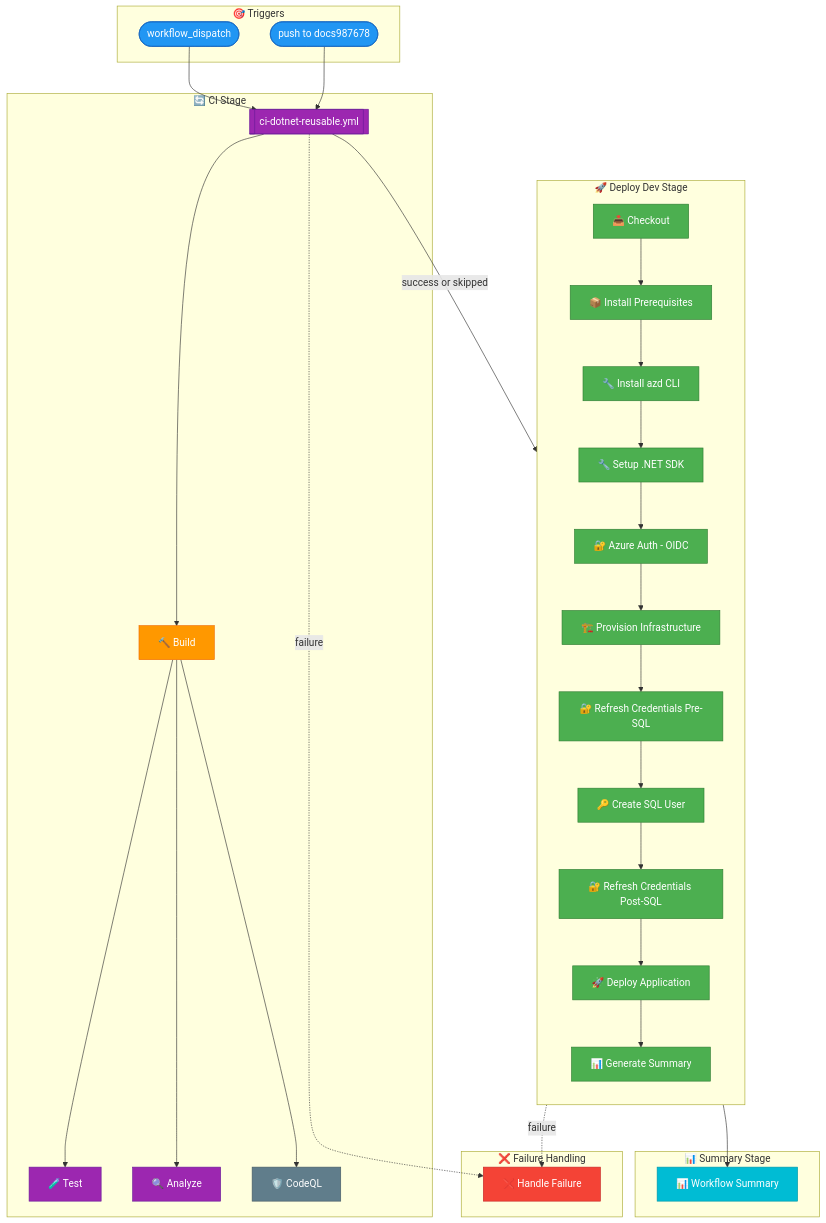
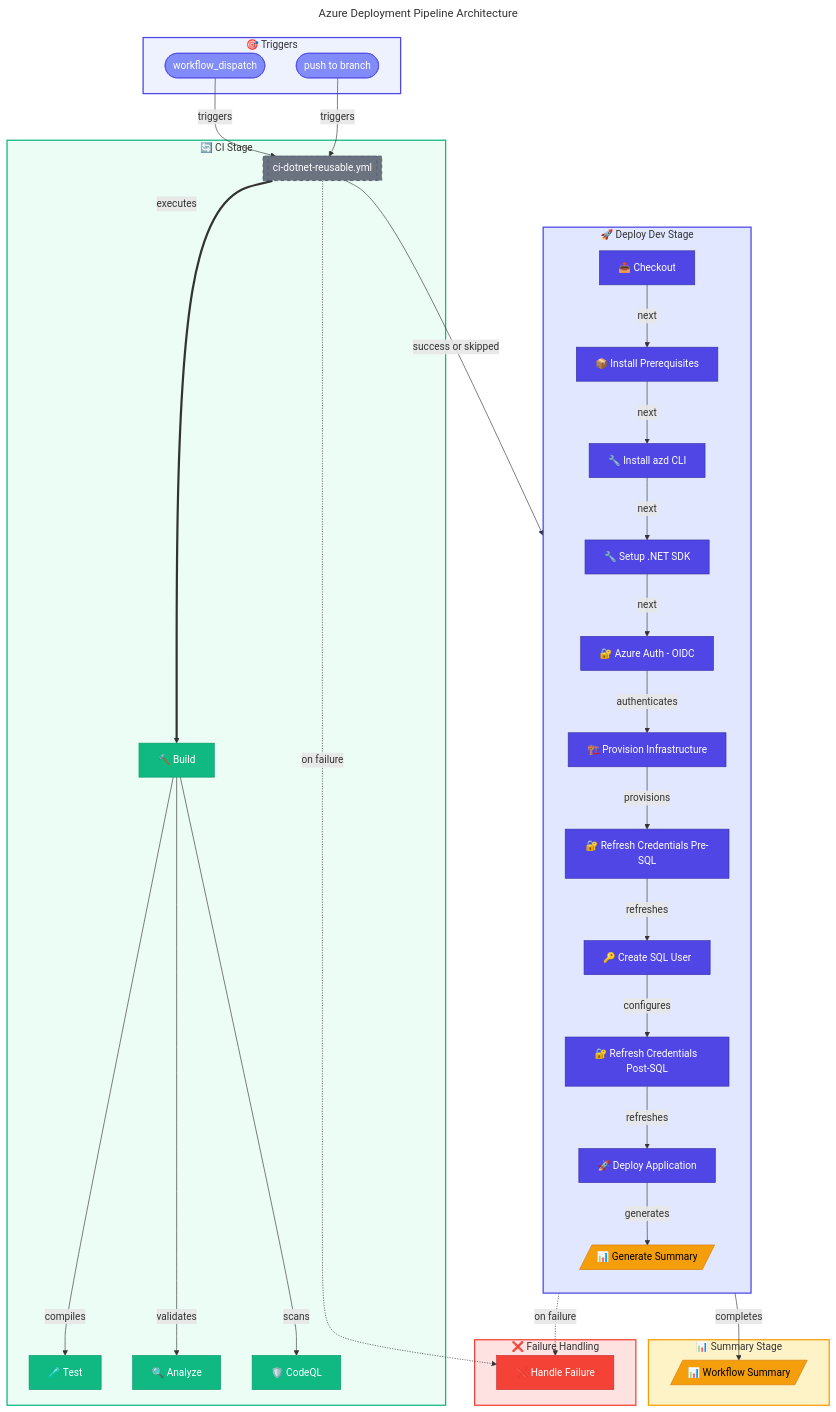
The first of 2 diagrams in docs/devops/azure-dev.md (Evilazaro/Azure-LogicApps-Monitoring), drawn with Mermaid before and after one commit. The commit also changed 1 other file, not shown here.

Commit message:
refactor: Improve CI/CD pipeline diagrams with enhanced clarity and structure

````diff
--- a/docs/devops/azure-dev.md
+++ b/docs/devops/azure-dev.md
@@ -57,89 +57,103 @@
 ```mermaid
+---
+title: Azure Deployment Pipeline Architecture
+---
 flowchart TD
+    %% ===== TRIGGER EVENTS =====
     subgraph Triggers["🎯 Triggers"]
-        T1([workflow_dispatch])
-        T2([push to docs987678])
+        T1(["workflow_dispatch"])
+        T2(["push to branch"])
     end
 
+    %% ===== CI STAGE =====
     subgraph CI["🔄 CI Stage"]
-        CI_JOB[[ci-dotnet-reusable.yml]]
-        CI_BUILD[🔨 Build]
-        CI_TEST[🧪 Test]
-        CI_ANALYZE[🔍 Analyze]
-        CI_CODEQL[🛡️ CodeQL]
+        CI_JOB[["ci-dotnet-reusable.yml"]]
+        CI_BUILD["🔨 Build"]
+        CI_TEST["🧪 Test"]
+        CI_ANALYZE["🔍 Analyze"]
+        CI_CODEQL["🛡️ CodeQL"]
     end
 
+    %% ===== DEPLOYMENT STAGE =====
     subgraph Deploy["🚀 Deploy Dev Stage"]
         direction TB
-        D1[📥 Checkout]
-        D2[📦 Install Prerequisites]
-        D3[🔧 Install azd CLI]
-        D4[🔧 Setup .NET SDK]
-        D5[🔐 Azure Auth - OIDC]
-        D6[🏗️ Provision Infrastructure]
-        D7[🔐 Refresh Credentials Pre-SQL]
-        D8[🔑 Create SQL User]
-        D9[🔐 Refresh Credentials Post-SQL]
-        D10[🚀 Deploy Application]
-        D11[📊 Generate Summary]
+        D1["📥 Checkout"]
+        D2["📦 Install Prerequisites"]
+        D3["🔧 Install azd CLI"]
+        D4["🔧 Setup .NET SDK"]
+        D5["🔐 Azure Auth - OIDC"]
+        D6["🏗️ Provision Infrastructure"]
+        D7["🔐 Refresh Credentials Pre-SQL"]
+        D8["🔑 Create SQL User"]
+        D9["🔐 Refresh Credentials Post-SQL"]
+        D10["🚀 Deploy Application"]
+        D11[/"📊 Generate Summary"/]
     end
 
+    %% ===== OUTPUT STAGE =====
     subgraph Summary["📊 Summary Stage"]
-        SUM[📊 Workflow Summary]
+        SUM[/"📊 Workflow Summary"/]
     end
 
+    %% ===== FAILURE HANDLING =====
     subgraph Failure["❌ Failure Handling"]
-        FAIL[❌ Handle Failure]
+        FAIL["❌ Handle Failure"]
     end
 
-    %% Trigger flows
-    T1 --> CI_JOB
-    T2 --> CI_JOB
+    %% ===== TRIGGER FLOWS =====
+    T1 -->|triggers| CI_JOB
+    T2 -->|triggers| CI_JOB
 
-    %% CI internal flow
-    CI_JOB --> CI_BUILD
-    CI_BUILD --> CI_TEST
-    CI_BUILD --> CI_ANALYZE
-    CI_BUILD --> CI_CODEQL
+    %% ===== CI INTERNAL FLOW =====
+    CI_JOB ==>|executes| CI_BUILD
+    CI_BUILD -->|compiles| CI_TEST
+    CI_BUILD -->|validates| CI_ANALYZE
+    CI_BUILD -->|scans| CI_CODEQL
 
-    %% CI to Deploy
+    %% ===== CI TO DEPLOY =====
     CI_JOB -->|success or skipped| D1
 
-    %% Deploy internal flow
-    D1 --> D2
-    D2 --> D3
-    D3 --> D4
-    D4 --> D5
-    D5 --> D6
-    D6 --> D7
-    D7 --> D8
-    D8 --> D9
-    D9 --> D10
-    D10 --> D11
+    %% ===== DEPLOY INTERNAL FLOW =====
+    D1 -->|next| D2
+    D2 -->|next| D3
+    D3 -->|next| D4
+    D4 -->|next| D5
+    D5 -->|authenticates| D6
+    D6 -->|provisions| D7
+    D7 -->|refreshes| D8
+    D8 -->|configures| D9
+    D9 -->|refreshes| D10
+    D10 -->|generates| D11
 
-    %% Deploy to Summary
-    D11 --> SUM
+    %% ===== DEPLOY TO SUMMARY =====
+    D11 -->|completes| SUM
 
-    %% Failure handling
-    CI_JOB -.->|failure| FAIL
-    D10 -.->|failure| FAIL
+    %% ===== FAILURE HANDLING =====
+    CI_JOB -.->|on failure| FAIL
+    D10 -.->|on failure| FAIL
 
-    %% Styling
-    classDef trigger fill:#2196F3,stroke:#1565C0,color:#fff
-    classDef reusable fill:#9C27B0,stroke:#6A1B9A,color:#fff
-    classDef build fill:#FF9800,stroke:#EF6C00,color:#fff
-    classDef test fill:#9C27B0,stroke:#6A1B9A,color:#fff
-    classDef deploy fill:#4CAF50,stroke:#2E7D32,color:#fff
-    classDef security fill:#607D8B,stroke:#455A64,color:#fff
-    classDef summary fill:#00BCD4,stroke:#0097A7,color:#fff
-    classDef failure fill:#F44336,stroke:#C62828,color:#fff
+    %% ===== NODE STYLING =====
+    classDef trigger fill:#818CF8,stroke:#4F46E5,color:#FFFFFF
+    classDef external fill:#6B7280,stroke:#4B5563,color:#FFFFFF,stroke-dasharray:5 5
+    classDef primary fill:#4F46E5,stroke:#3730A3,color:#FFFFFF
+    classDef secondary fill:#10B981,stroke:#059669,color:#FFFFFF
+    classDef datastore fill:#F59E0B,stroke:#D97706,color:#000000
+    classDef failed fill:#F44336,stroke:#C62828,color:#FFFFFF
 
+    %% ===== APPLY NODE CLASSES =====
     class T1,T2 trigger
-    class CI_JOB reusable
-    class CI_BUILD build
-    class CI_TEST,CI_ANALYZE test
-    class CI_CODEQL security
-    class D1,D2,D3,D4,D5,D6,D7,D8,D9,D10,D11 deploy
-    class SUM summary
-    class FAIL failure
+    class CI_JOB external
+    class CI_BUILD,CI_ANALYZE secondary
+    class CI_TEST secondary
+    class CI_CODEQL secondary
+    class D1,D2,D3,D4,D5,D6,D7,D8,D9,D10 primary
+    class D11,SUM datastore
+    class FAIL failed
+
+    %% ===== SUBGRAPH STYLING =====
+    style Triggers fill:#EEF2FF,stroke:#4F46E5,stroke-width:2px
+    style CI fill:#ECFDF5,stroke:#10B981,stroke-width:2px
+    style Deploy fill:#E0E7FF,stroke:#4F46E5,stroke-width:2px
+    style Summary fill:#FEF3C7,stroke:#F59E0B,stroke-width:2px
+    style Failure fill:#FEE2E2,stroke:#F44336,stroke-width:2px
 ```
````
